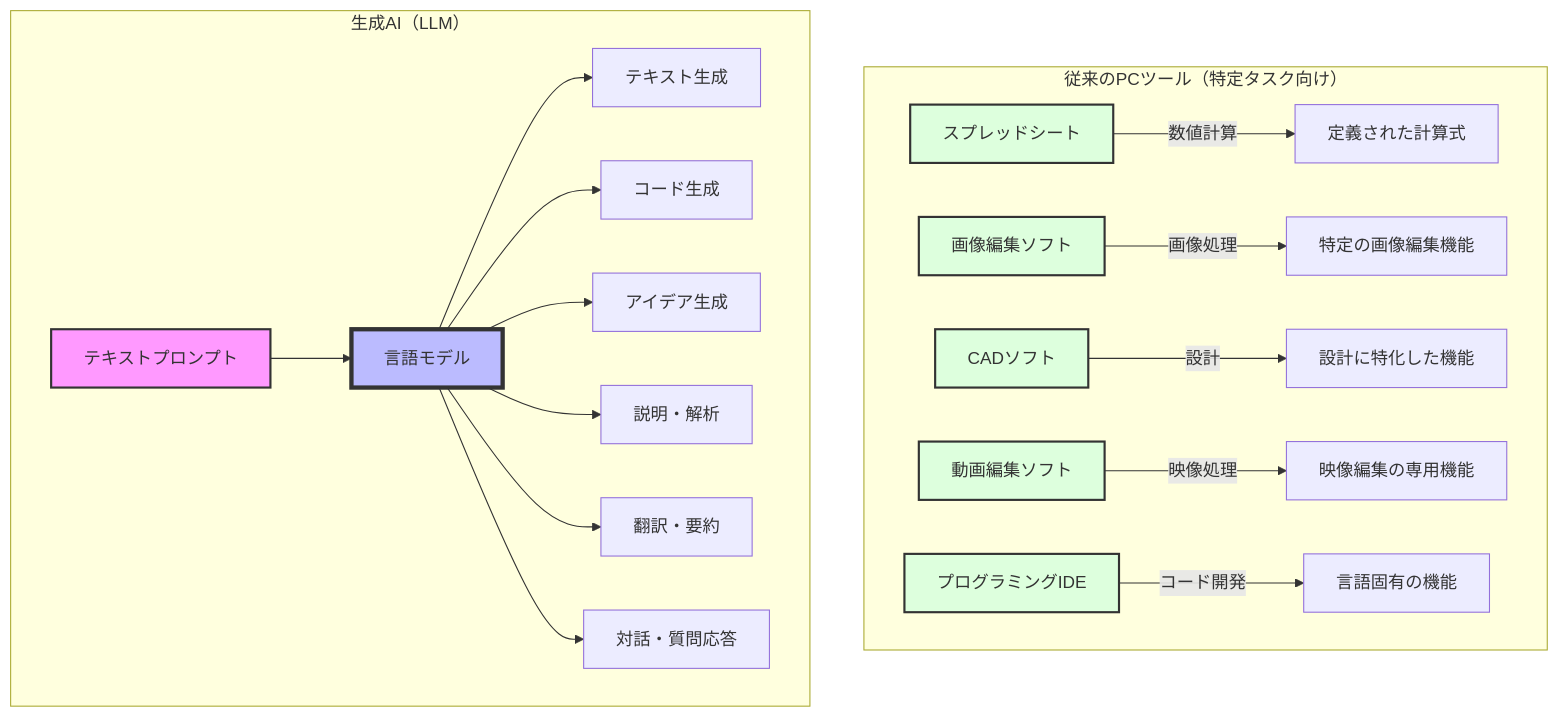
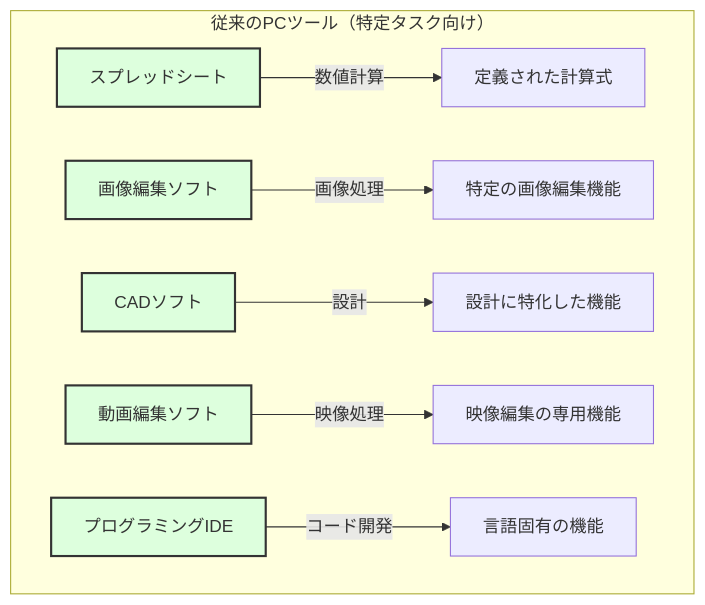
The second of 14 diagrams in README.md (SparklingDetergent/doc_genai_Proposal_for_introducing_generative_AI_with_emphasis_on_safety), drawn with Mermaid before and after one commit.

````diff
--- a/README.md
+++ b/README.md
@@ -118,29 +118,17 @@
 ```mermaid
 flowchart TD
     subgraph "従来のPCツール（特定タスク向け）"
         A[スプレッドシート] -->|数値計算| A1[定義された計算式]
         B[画像編集ソフト] -->|画像処理| B1[特定の画像編集機能]
         C[CADソフト] -->|設計| C1[設計に特化した機能]
         D[動画編集ソフト] -->|映像処理| D1[映像編集の専用機能]
         E[プログラミングIDE] -->|コード開発| E1[言語固有の機能]
     end
     
-    subgraph "生成AI（LLM）"
-        X[テキストプロンプト] --> Y[言語モデル]
-        Y --> Z1[テキスト生成]
-        Y --> Z2[コード生成]
-        Y --> Z3[アイデア生成]
-        Y --> Z4[説明・解析]
-        Y --> Z5[翻訳・要約]
-        Y --> Z6[対話・質問応答]
-    end
-    
-    style X fill:#f9f,stroke:#333,stroke-width:2px
-    style Y fill:#bbf,stroke:#333,stroke-width:4px
     style A fill:#dfd,stroke:#333,stroke-width:2px
     style B fill:#dfd,stroke:#333,stroke-width:2px
     style C fill:#dfd,stroke:#333,stroke-width:2px
     style D fill:#dfd,stroke:#333,stroke-width:2px
     style E fill:#dfd,stroke:#333,stroke-width:2px
 
 ```
````
